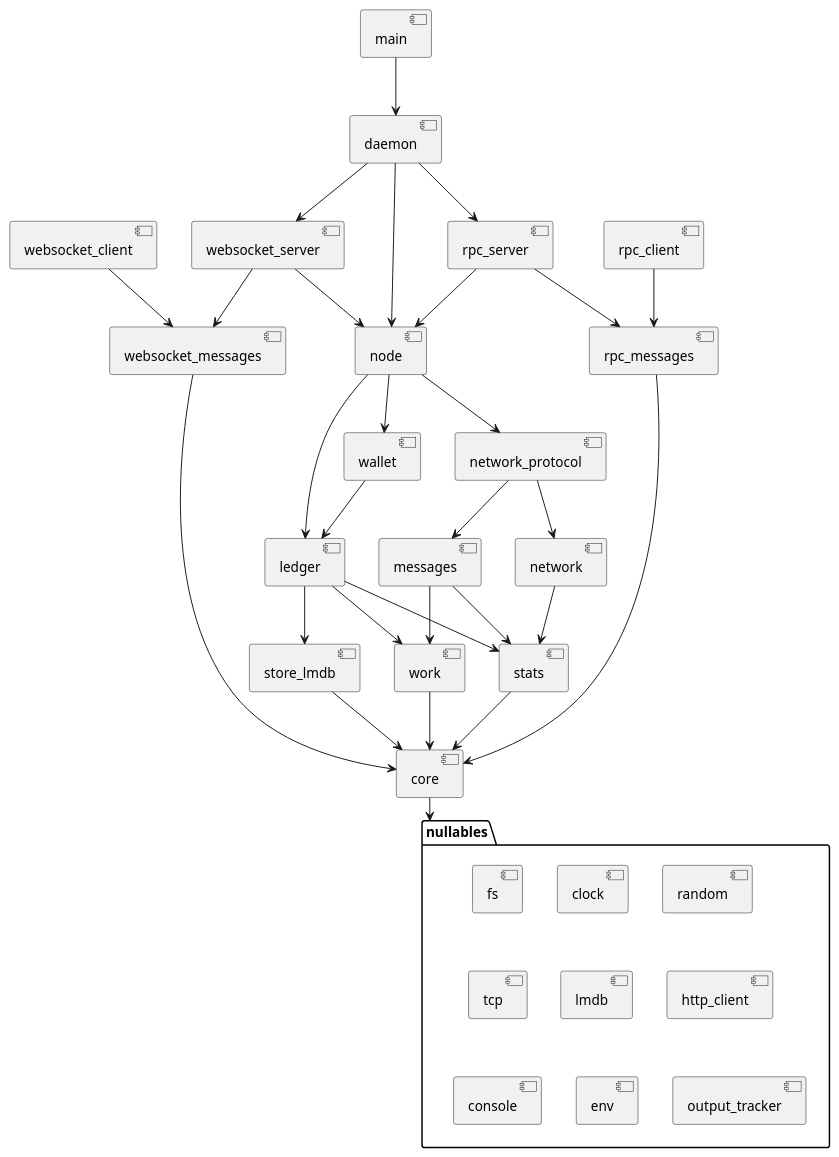
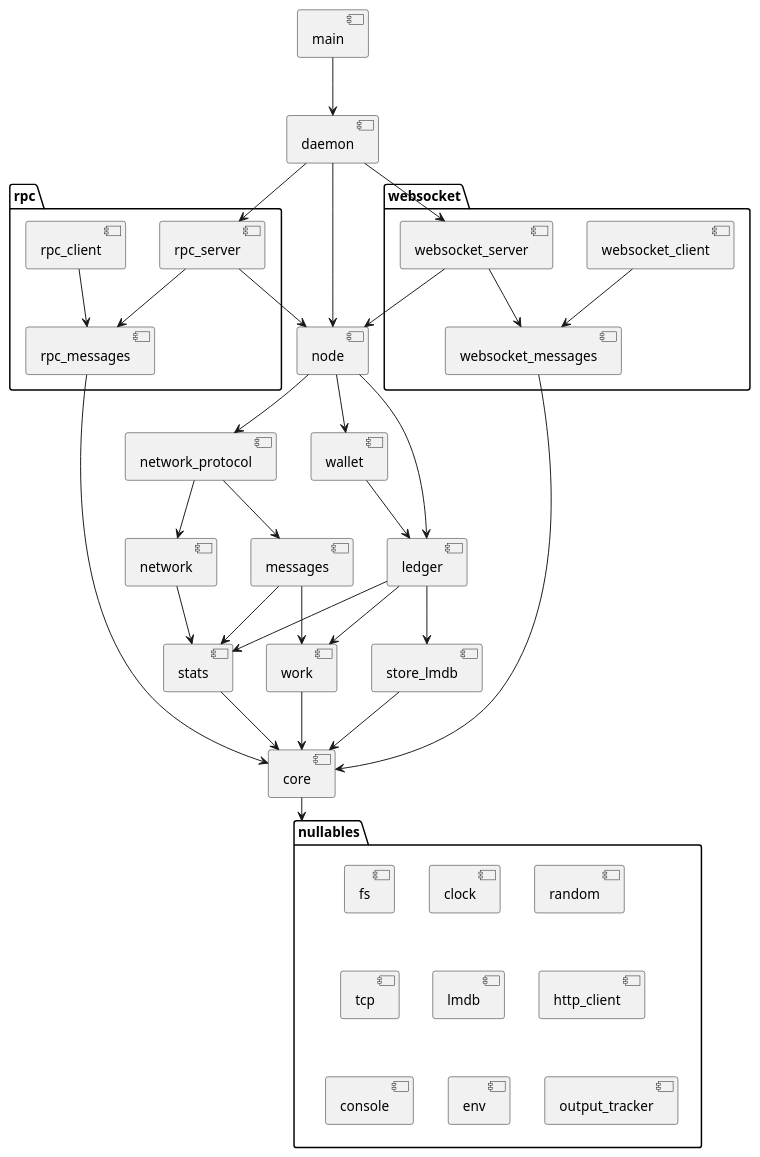
Before and after one commit to RickiNano/nano-node: the diagram in doc/crates.puml, drawn with PlantUML.

Commit message:
Update crate diagram

```diff
--- a/doc/crates.puml
+++ b/doc/crates.puml
@@ -1,61 +1,67 @@
 @startuml
 [core]
 [work]
 [stats]
 [ledger]
 [store_lmdb]
 [messages]
 [network]
 [network_protocol]
 [daemon]
 [node]
 [main]
+[wallet]
+
+folder "rpc"{
 [rpc_messages]
 [rpc_server]
 [rpc_client]
+}
+
+folder "websocket"{
 [websocket_messages]
 [websocket_server]
 [websocket_client]
-[wallet]
+}
 
 folder "nullables"{
 [fs]
 [clock]
 [random]
 [tcp]
 [lmdb]
 [http_client]
 [console]
 [env]
 [output_tracker]
 }
 
 [main] --> [daemon]
 [daemon] --> [node]
 [daemon] --> [rpc_server]
 [daemon] --> [websocket_server]
 [rpc_server] --> [node]
 [rpc_server] --> [rpc_messages]
 [rpc_client] --> [rpc_messages]
 [rpc_messages] --> [core]
 [node] --> [ledger]
 [node] --> [network_protocol]
 [node] --> [wallet]
 [network_protocol] --> messages
 [network_protocol] --> network
 [websocket_server] --> [websocket_messages]
 [websocket_server] --> [node]
 [websocket_messages] --> [core]
 [websocket_client] --> [websocket_messages]
 [messages] --> [work]
 [messages] --> [stats]
 [network] --> [stats]
 [ledger] --> [store_lmdb]
 [ledger] --> [work]
 [ledger] --> [stats]
 [store_lmdb] --> [core]
 [work] --> [core]
 [stats] --> [core]
 [wallet] --> [ledger]
 [core] --> "nullables"
 @enduml
```
